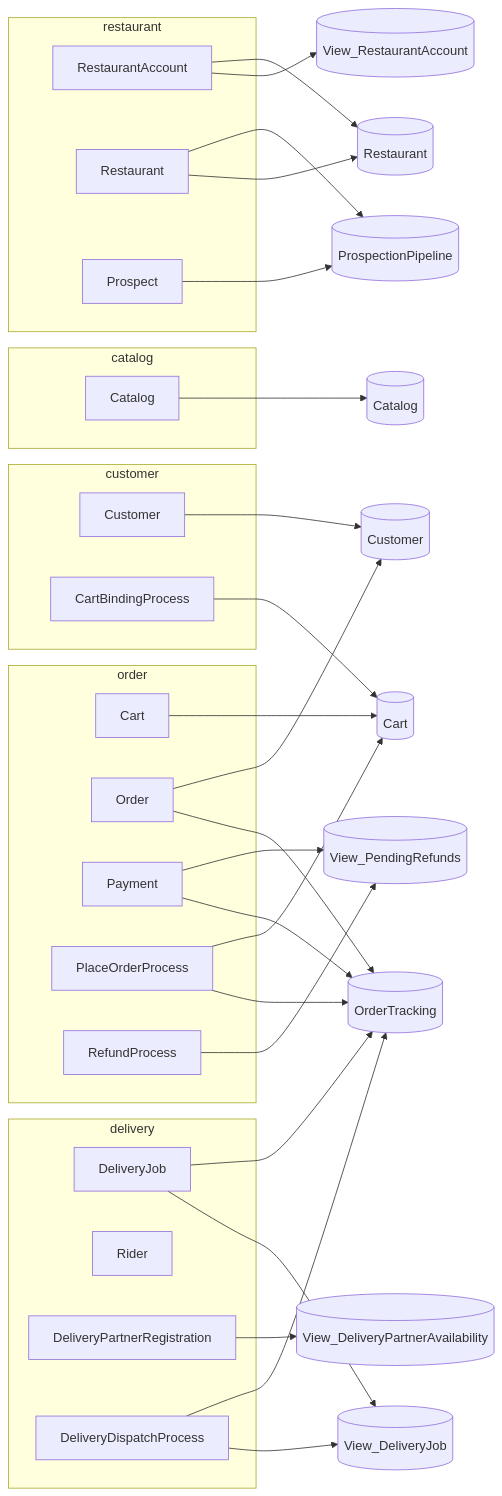
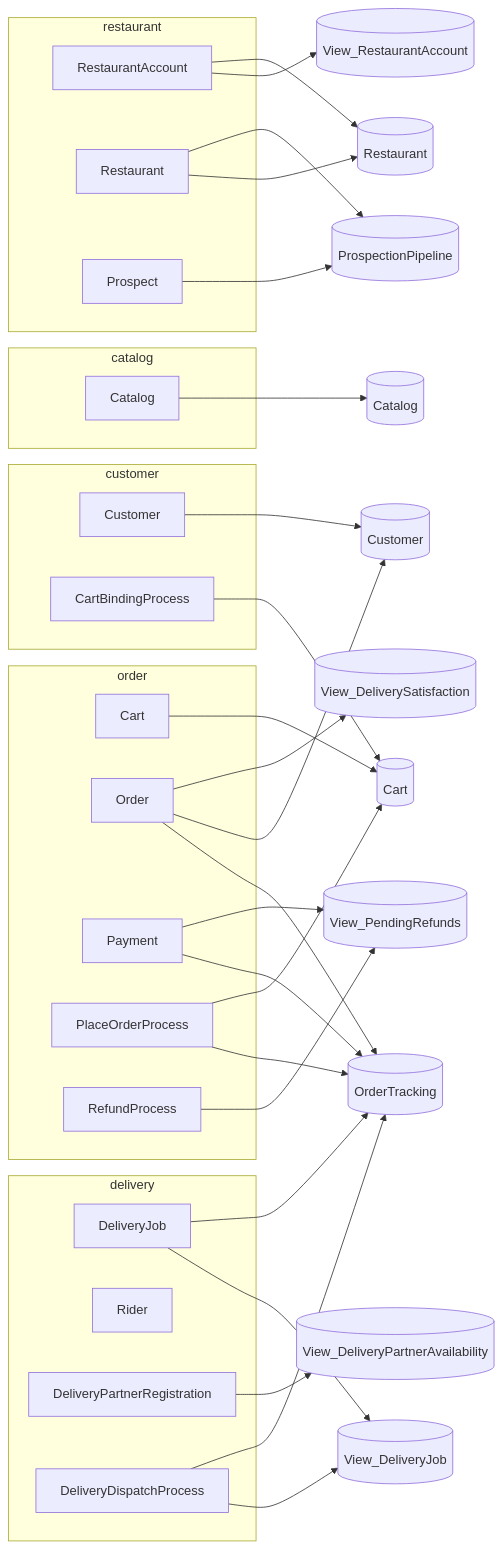
The second of 6 diagrams in specs/generated/c4.generated.md (TheCaptainCompany/captain-food), drawn with Mermaid before and after one commit. The commit also changed 53 other files, not shown here.

First line of the commit message:
#62 Delivery-delay satisfaction survey + post-delivery tip/reward prompt (#78)

````diff
--- a/specs/generated/c4.generated.md
+++ b/specs/generated/c4.generated.md
@@ -64,59 +64,61 @@
 ```mermaid
 flowchart LR
   subgraph g_restaurant["restaurant"]
     a_RestaurantAccount["RestaurantAccount"]
     a_Restaurant["Restaurant"]
     a_Prospect["Prospect"]
   end
   subgraph g_catalog["catalog"]
     a_Catalog["Catalog"]
   end
   subgraph g_order["order"]
     a_Cart["Cart"]
     a_Order["Order"]
     a_Payment["Payment"]
     a_PlaceOrderProcess["PlaceOrderProcess"]
     a_RefundProcess["RefundProcess"]
   end
   subgraph g_customer["customer"]
     a_Customer["Customer"]
     a_CartBindingProcess["CartBindingProcess"]
   end
   subgraph g_delivery["delivery"]
     a_DeliveryJob["DeliveryJob"]
     a_Rider["Rider"]
     a_DeliveryPartnerRegistration["DeliveryPartnerRegistration"]
     a_DeliveryDispatchProcess["DeliveryDispatchProcess"]
   end
   v_View_RestaurantAccount[("View_RestaurantAccount")]
   v_Restaurant[("Restaurant")]
   v_ProspectionPipeline[("ProspectionPipeline")]
   v_View_DeliveryPartnerAvailability[("View_DeliveryPartnerAvailability")]
   v_Catalog[("Catalog")]
   v_Customer[("Customer")]
   v_Cart[("Cart")]
   v_OrderTracking[("OrderTracking")]
+  v_View_DeliverySatisfaction[("View_DeliverySatisfaction")]
   v_View_PendingRefunds[("View_PendingRefunds")]
   v_View_DeliveryJob[("View_DeliveryJob")]
   a_RestaurantAccount --> v_View_RestaurantAccount
   a_RestaurantAccount --> v_Restaurant
   a_Restaurant --> v_Restaurant
   a_Restaurant --> v_ProspectionPipeline
   a_Prospect --> v_ProspectionPipeline
   a_DeliveryPartnerRegistration --> v_View_DeliveryPartnerAvailability
   a_Catalog --> v_Catalog
   a_Customer --> v_Customer
   a_Cart --> v_Cart
   a_Order --> v_OrderTracking
   a_Order --> v_Customer
+  a_Order --> v_View_DeliverySatisfaction
   a_Payment --> v_OrderTracking
   a_Payment --> v_View_PendingRefunds
   a_DeliveryJob --> v_View_DeliveryJob
   a_DeliveryJob --> v_OrderTracking
   a_PlaceOrderProcess --> v_OrderTracking
   a_PlaceOrderProcess --> v_Cart
   a_RefundProcess --> v_View_PendingRefunds
   a_CartBindingProcess --> v_Cart
   a_DeliveryDispatchProcess --> v_View_DeliveryJob
   a_DeliveryDispatchProcess --> v_OrderTracking
 ```
````
